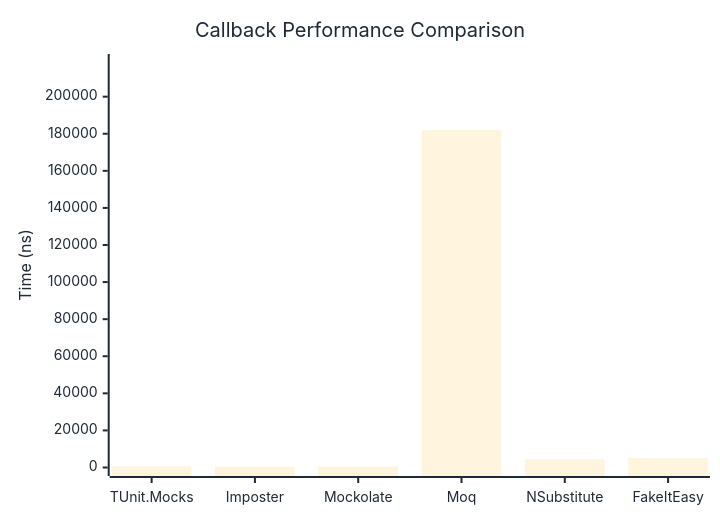
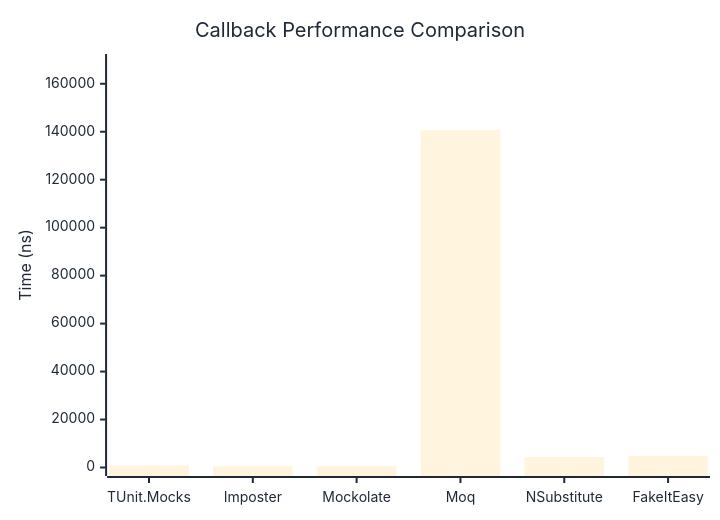
Before and after one commit to thomhurst/TUnit: the first of 2 diagrams in docs/docs/benchmarks/mocks/Callback.md, drawn with Mermaid. The commit also changed other lines of this file and 14 other files, not shown here.

````diff
--- a/docs/docs/benchmarks/mocks/Callback.md
+++ b/docs/docs/benchmarks/mocks/Callback.md
@@ -28,27 +28,27 @@
 ```mermaid
 %%{init: {
   'theme':'base',
   'themeVariables': {
     'primaryColor': '#2563eb',
     'primaryTextColor': '#1f2937',
     'primaryBorderColor': '#1e40af',
     'lineColor': '#6b7280',
     'secondaryColor': '#7c3aed',
     'tertiaryColor': '#dc2626',
     'background': '#ffffff',
     'pie1': '#2563eb',
     'pie2': '#7c3aed',
     'pie3': '#dc2626',
     'pie4': '#f59e0b',
     'pie5': '#10b981',
     'pie6': '#06b6d4',
     'pie7': '#ec4899',
     'pie8': '#6366f1'
   }
 }}%%
 xychart-beta
   title "Callback Performance Comparison"
   x-axis ["TUnit.Mocks", "Imposter", "Mockolate", "Moq", "NSubstitute", "FakeItEasy"]
-  y-axis "Time (ns)" 0 --> 218423
-  bar [683.4, 464.4, 505.2, 182018.6, 4332.1, 5080.6]
+  y-axis "Time (ns)" 0 --> 168863
+  bar [804.2, 540.4, 587.6, 140719.1, 4414.2, 4868.8]
 ```
````
